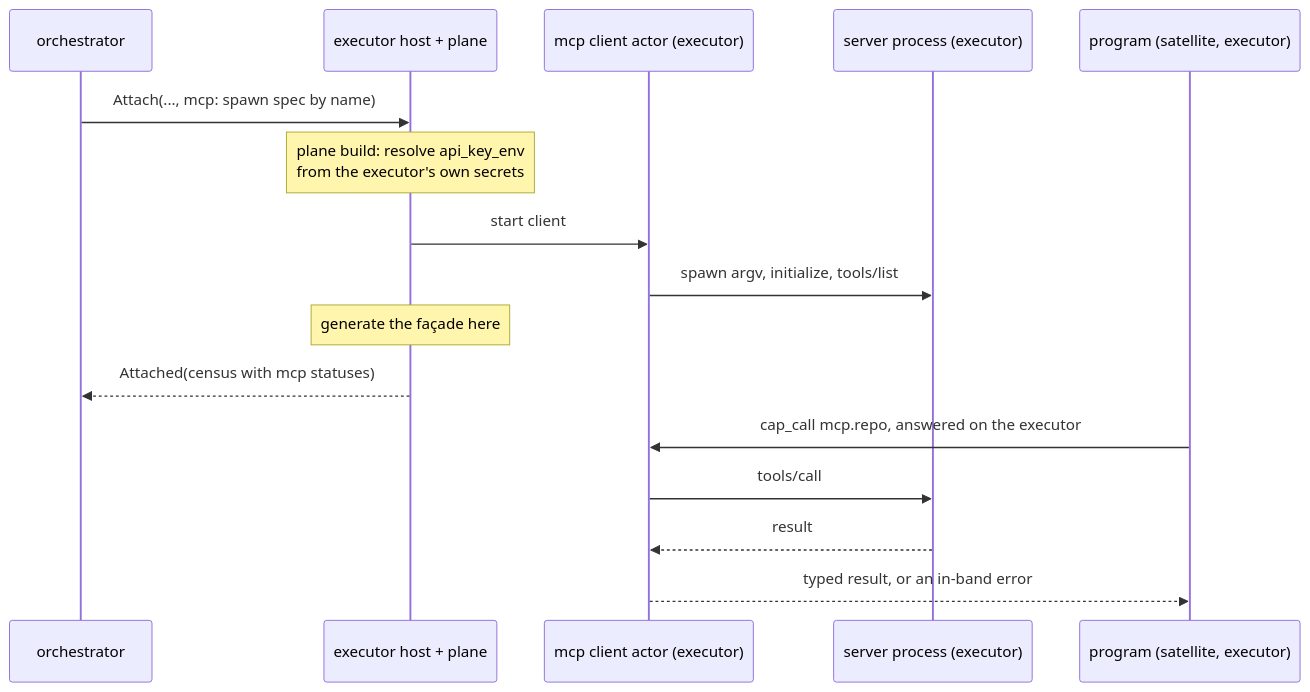
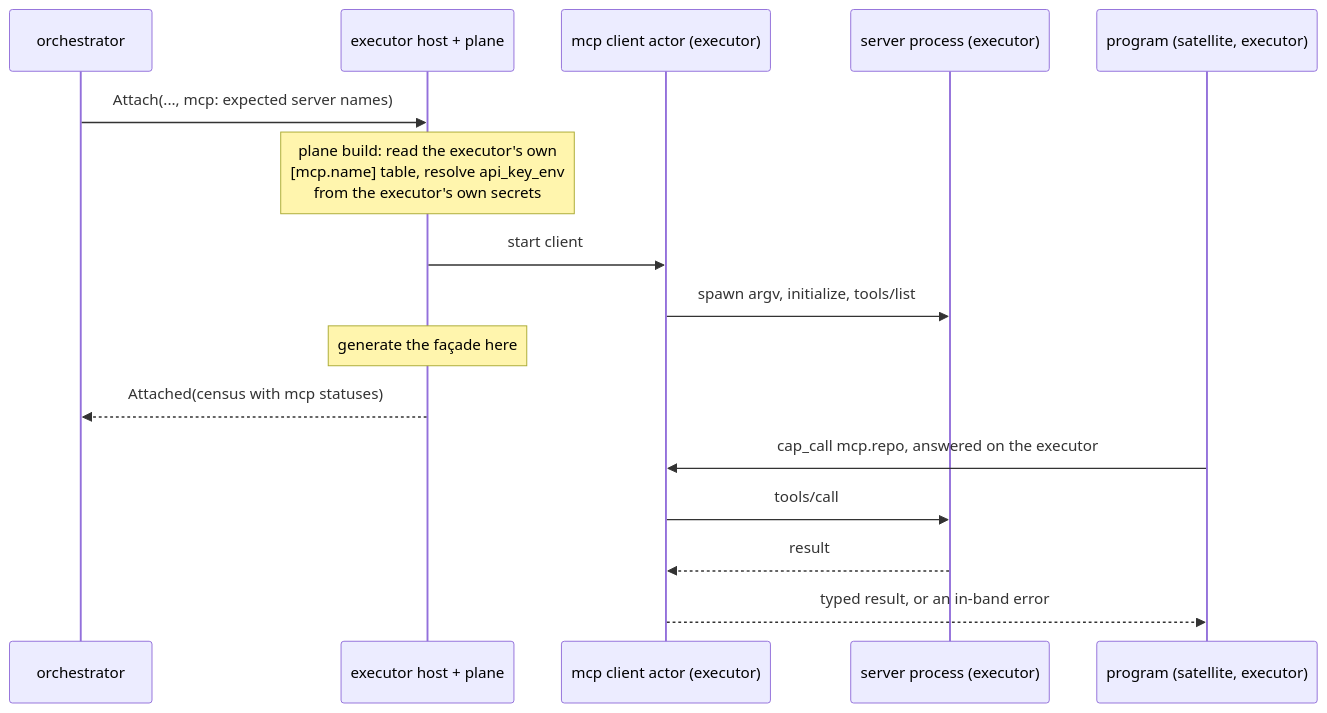
The fifth of 5 diagrams in docs/architecture/distributed.md (Roasbeef/loom), drawn with Mermaid before and after one commit. The commit also changed other lines of this file and 1 other file, not shown here.

````diff
--- a/docs/architecture/distributed.md
+++ b/docs/architecture/distributed.md
@@ -846,18 +855,18 @@
 ```mermaid
 sequenceDiagram
     participant O as orchestrator
     participant H as executor host + plane
     participant C as mcp client actor (executor)
     participant S as server process (executor)
     participant P as program (satellite, executor)
-    O->>H: Attach(..., mcp: spawn spec by name)
-    Note over H: plane build: resolve api_key_env<br/>from the executor's own secrets
+    O->>H: Attach(..., mcp: expected server names)
+    Note over H: plane build: read the executor's own<br/>[mcp.name] table, resolve api_key_env<br/>from the executor's own secrets
     H->>C: start client
     C->>S: spawn argv, initialize, tools/list
     Note over H: generate the façade here
     H-->>O: Attached(census with mcp statuses)
     P->>C: cap_call mcp.repo, answered on the executor
     C->>S: tools/call
     S-->>C: result
     C-->>P: typed result, or an in-band error
 ```
````
